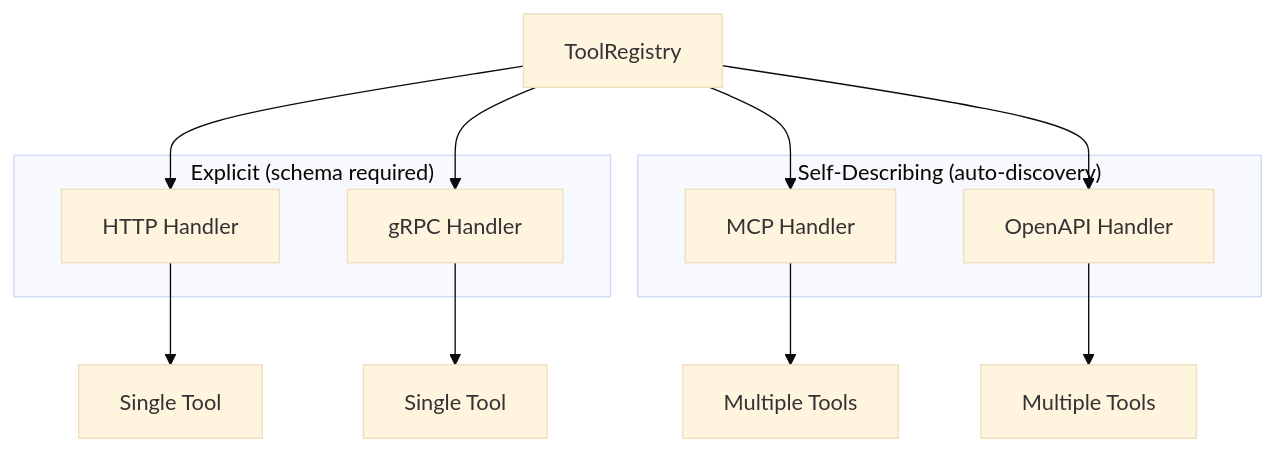
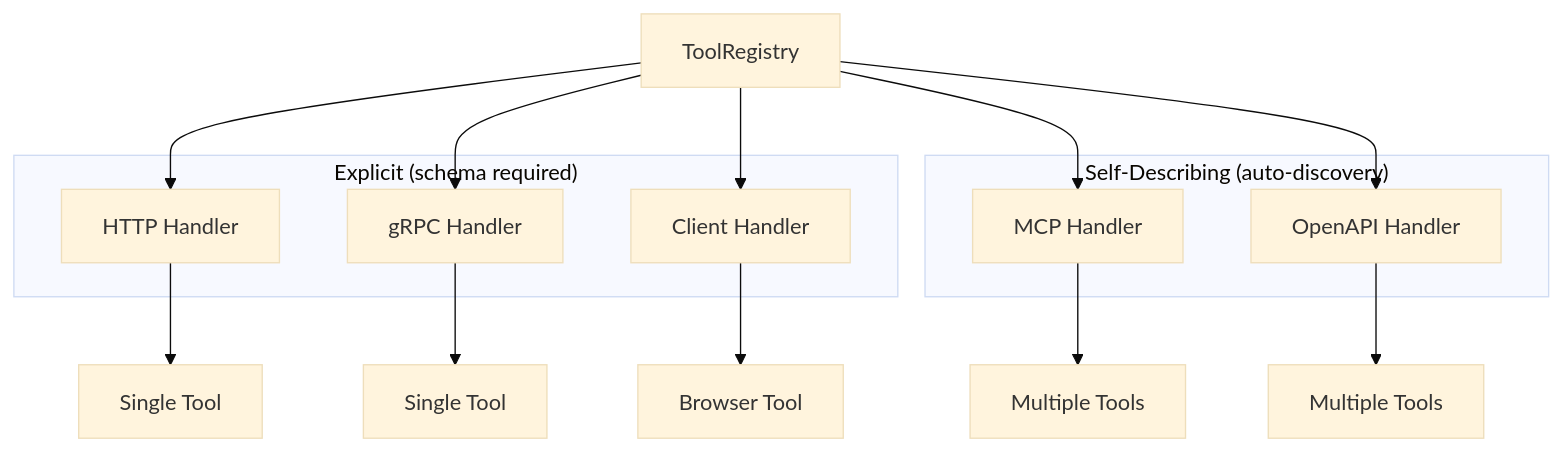
Before and after one commit to AltairaLabs/Omnia: the diagram in docs/src/content/docs/reference/core/toolregistry.md, drawn with Mermaid (base theme). The commit also changed other lines of this file and 7 other files, not shown here.

````diff
--- a/docs/src/content/docs/reference/core/toolregistry.md
+++ b/docs/src/content/docs/reference/core/toolregistry.md
@@ -21,22 +29,25 @@
 ```mermaid
 graph TB
     TR[ToolRegistry] --> H1[HTTP Handler]
     TR --> H2[gRPC Handler]
     TR --> H3[MCP Handler]
     TR --> H4[OpenAPI Handler]
+    TR --> H5[Client Handler]
 
     subgraph explicit["Explicit (schema required)"]
         H1
         H2
+        H5
     end
 
     subgraph selfDesc["Self-Describing (auto-discovery)"]
         H3
         H4
     end
 
     H1 --> T1[Single Tool]
     H2 --> T2[Single Tool]
     H3 --> T3[Multiple Tools]
     H4 --> T4[Multiple Tools]
+    H5 --> T5[Browser Tool]
 ```
````
